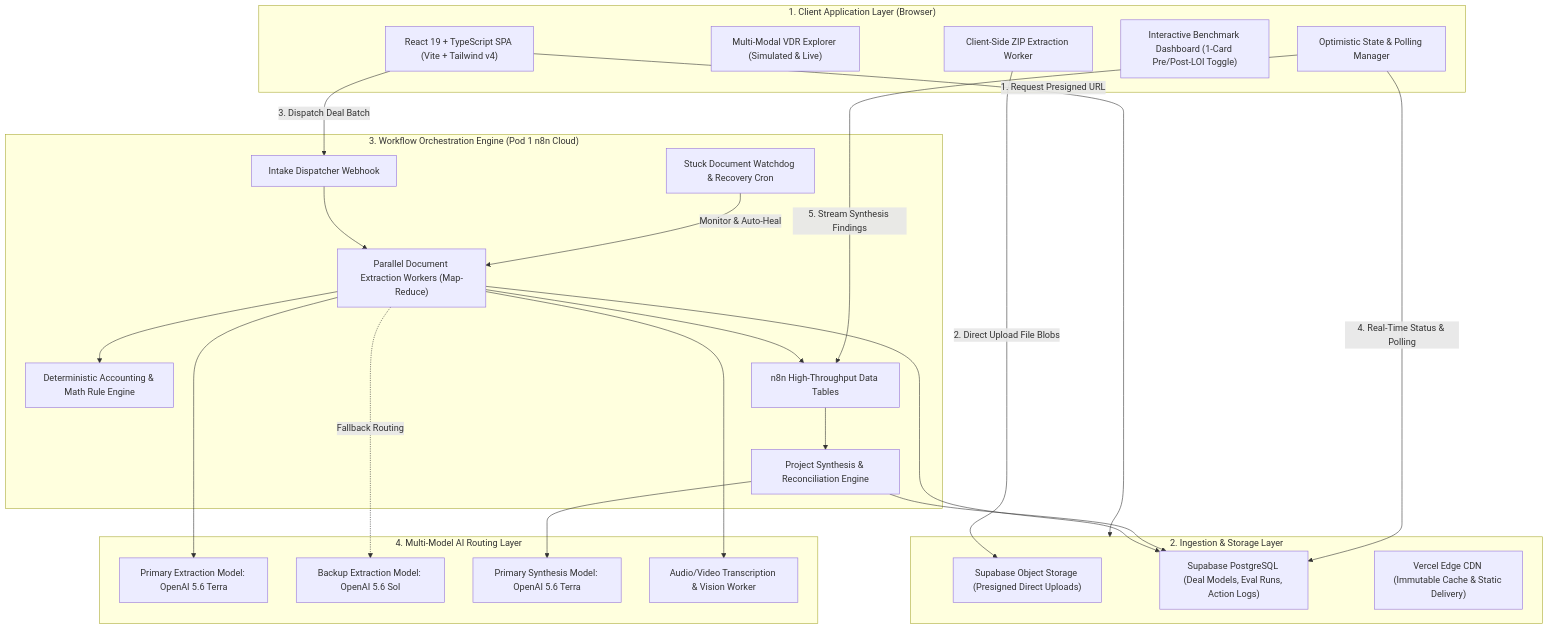
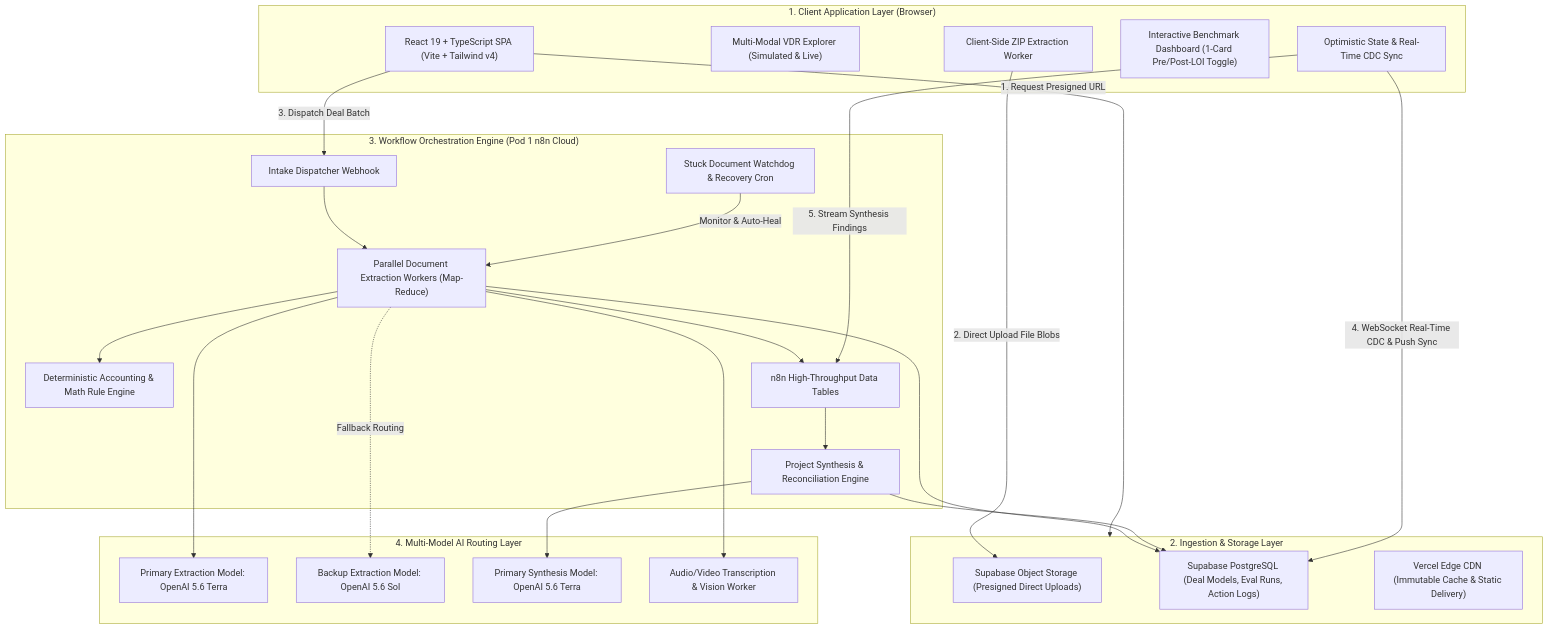
One commit to BradshawAsher/dillon-ai changed the first of 2 diagrams in ARCHITECTURE.md. Above: the diagram before and after it, drawn with Mermaid. The commit also changed other lines of this file and 25 other files, not shown here.

Commit message:
feat(realtime): add Supabase Realtime CDC, eliminate idle egress, and update documentation

````diff
--- a/ARCHITECTURE.md
+++ b/ARCHITECTURE.md
@@ -24,52 +24,52 @@
 ```mermaid
 flowchart TB
     subgraph ClientLayer["1. Client Application Layer (Browser)"]
         UI["React 19 + TypeScript SPA (Vite + Tailwind v4)"]
         VDRModal["Multi-Modal VDR Explorer (Simulated & Live)"]
         ZipWorker["Client-Side ZIP Extraction Worker"]
         EvalDashboard["Interactive Benchmark Dashboard (1-Card Pre/Post-LOI Toggle)"]
-        WorkspaceHooks["Optimistic State & Polling Manager"]
+        WorkspaceHooks["Optimistic State & Real-Time CDC Sync"]
     end
 
     subgraph EdgeStorage["2. Ingestion & Storage Layer"]
         SupabaseStorage["Supabase Object Storage (Presigned Direct Uploads)"]
         SupabaseDB["Supabase PostgreSQL (Deal Models, Eval Runs, Action Logs)"]
         VercelEdge["Vercel Edge CDN (Immutable Cache & Static Delivery)"]
     end
 
     subgraph OrchestrationLayer["3. Workflow Orchestration Engine (Pod 1 n8n Cloud)"]
         IntakeWebhook["Intake Dispatcher Webhook"]
         DocExtractor["Parallel Document Extraction Workers (Map-Reduce)"]
         MathEngine["Deterministic Accounting & Math Rule Engine"]
         CrossDocSynthesizer["Project Synthesis & Reconciliation Engine"]
         Watchdog["Stuck Document Watchdog & Recovery Cron"]
         N8nTables["n8n High-Throughput Data Tables"]
     end
 
     subgraph LLMLayer["4. Multi-Model AI Routing Layer"]
         PrimaryModel["Primary Extraction Model: OpenAI 5.6 Terra"]
         BackupModel["Backup Extraction Model: OpenAI 5.6 Sol"]
         SynthesisModel["Primary Synthesis Model: OpenAI 5.6 Terra"]
         TranscribeModel["Audio/Video Transcription & Vision Worker"]
     end
 
     %% Interactions
     UI -->|1. Request Presigned URL| EdgeStorage
     ZipWorker -->|2. Direct Upload File Blobs| SupabaseStorage
     UI -->|3. Dispatch Deal Batch| IntakeWebhook
     IntakeWebhook --> DocExtractor
     DocExtractor --> PrimaryModel
     DocExtractor -.->|Fallback Routing| BackupModel
     DocExtractor --> TranscribeModel
     DocExtractor --> MathEngine
     DocExtractor --> N8nTables
     DocExtractor --> SupabaseDB
     
     N8nTables --> CrossDocSynthesizer
     CrossDocSynthesizer --> SynthesisModel
     CrossDocSynthesizer --> SupabaseDB
     
     Watchdog -->|Monitor & Auto-Heal| DocExtractor
-    WorkspaceHooks -->|4. Real-Time Status & Polling| SupabaseDB
+    WorkspaceHooks -->|4. WebSocket Real-Time CDC & Push Sync| SupabaseDB
     WorkspaceHooks -->|5. Stream Synthesis Findings| N8nTables
 ```
````
